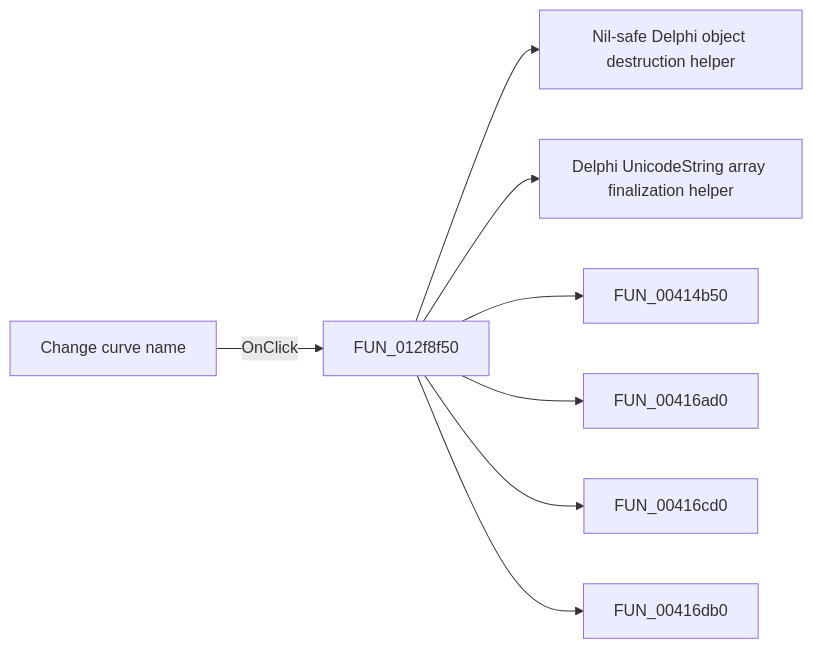
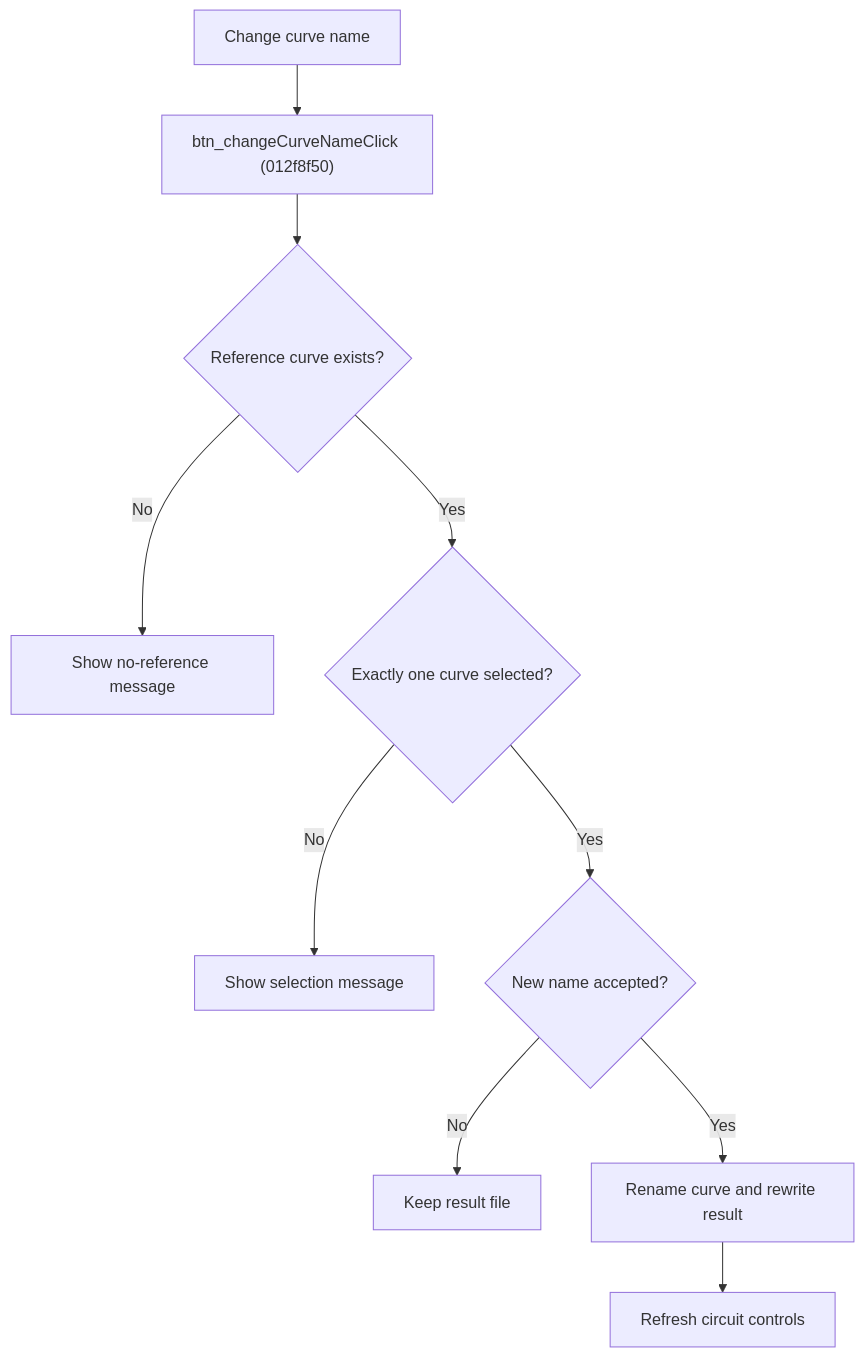
The diagram in docs/ui-controls/frmmodeltestbencheditor/btn-changecurvename-0d3e953ed4.md (MovGP0/TIARA), drawn with Mermaid before and after one commit. The commit also changed other lines of this file and 387 other files, not shown here.

````diff
--- a/docs/ui-controls/frmmodeltestbencheditor/btn-changecurvename-0d3e953ed4.md
+++ b/docs/ui-controls/frmmodeltestbencheditor/btn-changecurvename-0d3e953ed4.md
@@ -27,10 +30,12 @@
 ```mermaid
-flowchart LR
-    control["Change curve name"] -->|OnClick| handler["FUN_012f8f50"]
-    handler --> call1["Nil-safe Delphi object destruction helper"]
-    handler --> call2["Delphi UnicodeString array finalization helper"]
-    handler --> call3["FUN_00414b50"]
-    handler --> call4["FUN_00416ad0"]
-    handler --> call5["FUN_00416cd0"]
-    handler --> call6["FUN_00416db0"]
+flowchart TD
+    control["Change curve name"] --> handler["btn_changeCurveNameClick (012f8f50)"]
+    handler --> exists{"Reference curve exists?"}
+    exists -->|No| error1["Show no-reference message"]
+    exists -->|Yes| one{"Exactly one curve selected?"}
+    one -->|No| error2["Show selection message"]
+    one -->|Yes| name{"New name accepted?"}
+    name -->|No| stop["Keep result file"]
+    name -->|Yes| rewrite["Rename curve and rewrite result"]
+    rewrite --> refresh["Refresh circuit controls"]
 ```
````
